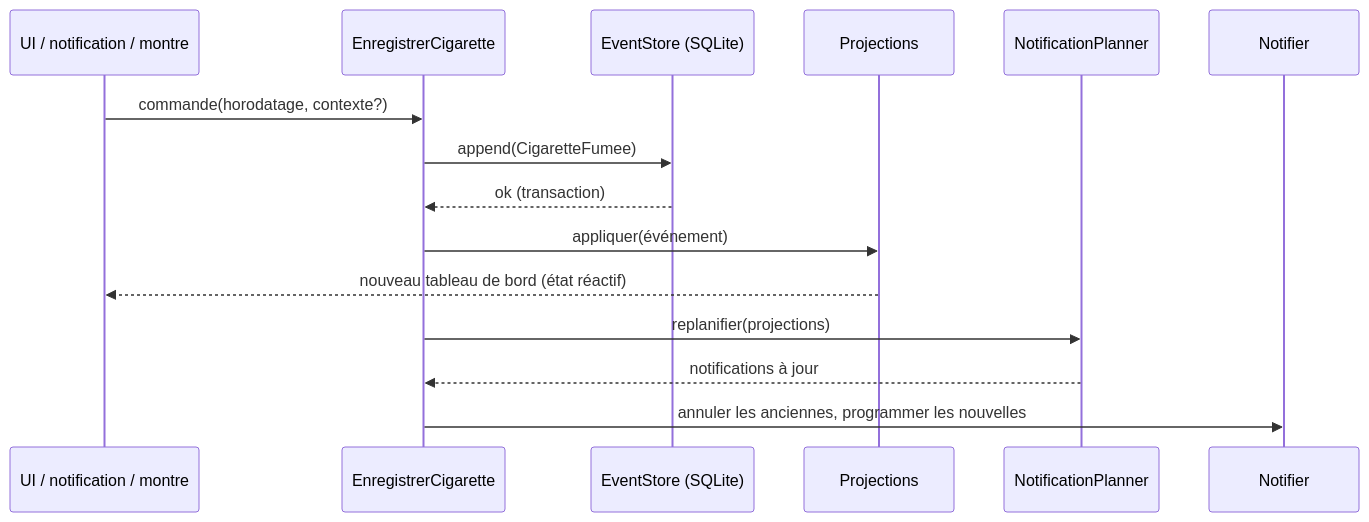
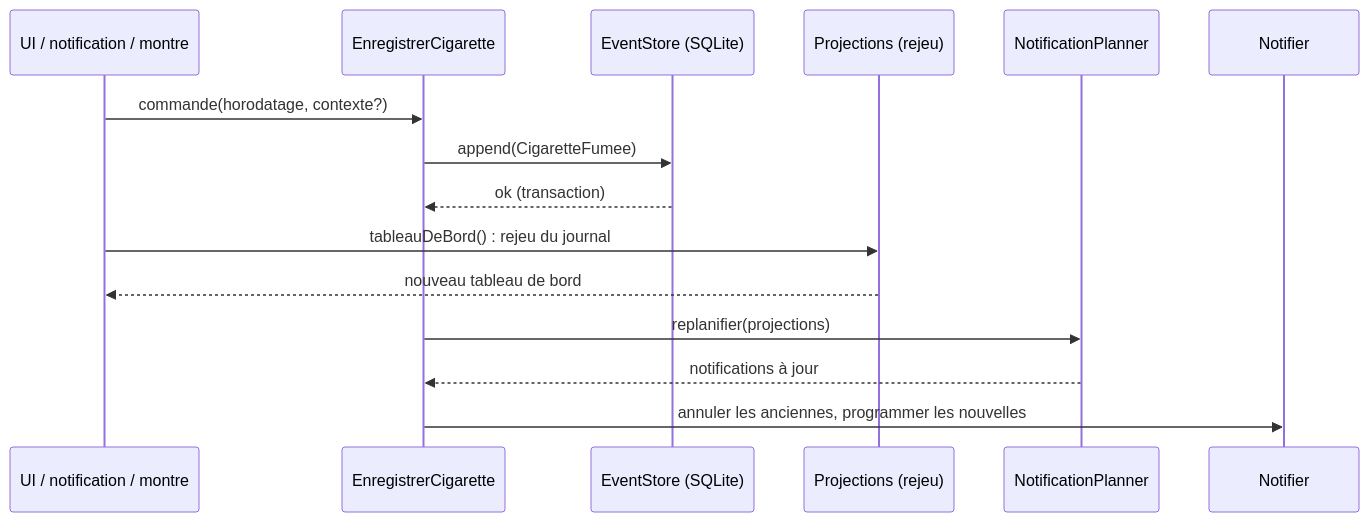
Before and after one commit to zdmooc/declic-quit-coach: the second of 5 diagrams in docs/architecture/03-architecture-applicative.md, drawn with Mermaid. The commit also changed other lines of this file and 11 other files, not shown here.

First line of the commit message:
docs(architecture): remise à niveau 01 à 07 sur le code, ADR-0005 et 0006, revue d'architecture (08)

````diff
--- a/docs/architecture/03-architecture-applicative.md
+++ b/docs/architecture/03-architecture-applicative.md
@@ -128,17 +168,17 @@
 ```mermaid
 sequenceDiagram
   participant UI as UI / notification / montre
   participant UC as EnregistrerCigarette
   participant ES as EventStore (SQLite)
-  participant PR as Projections
+  participant PR as Projections (rejeu)
   participant NP as NotificationPlanner
   participant NO as Notifier
   UI->>UC: commande(horodatage, contexte?)
   UC->>ES: append(CigaretteFumee)
   ES-->>UC: ok (transaction)
-  UC->>PR: appliquer(événement)
-  PR-->>UI: nouveau tableau de bord (état réactif)
+  UI->>PR: tableauDeBord() : rejeu du journal
+  PR-->>UI: nouveau tableau de bord
   UC->>NP: replanifier(projections)
   NP-->>UC: notifications à jour
   UC->>NO: annuler les anciennes, programmer les nouvelles
 ```
````
